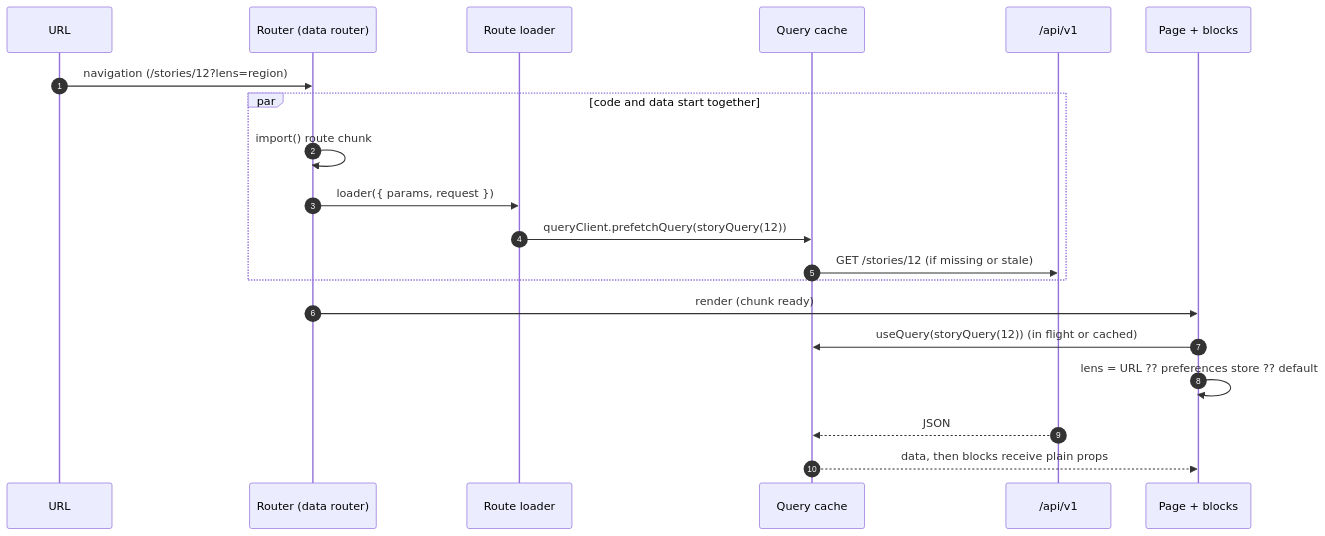
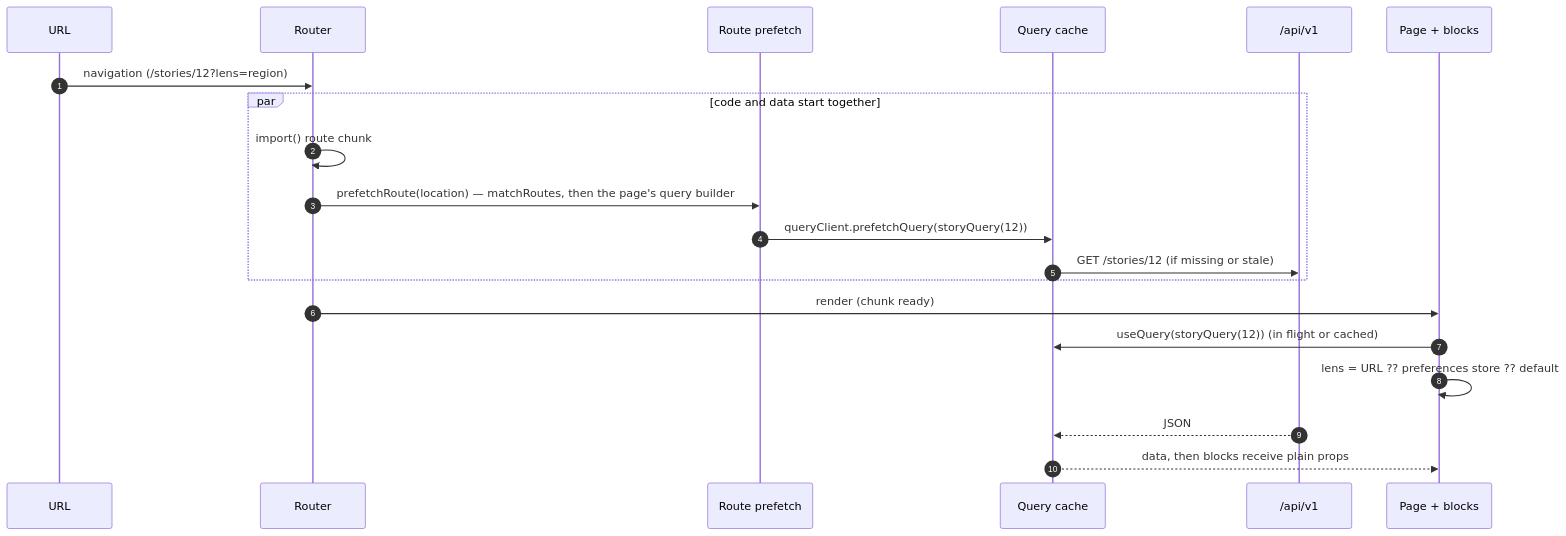
One commit to FlorentLatifi/Gjurm- changed the second of 2 diagrams in docs/architecture/frontend_system.md. Above: the diagram before and after it, drawn with Mermaid. The commit also changed other lines of this file and 10 other files, not shown here.

First line of the commit message:
docs: record the frontend architecture as built, launch checklist refreshed

````diff
--- a/docs/architecture/frontend_system.md
+++ b/docs/architecture/frontend_system.md
@@ -212,22 +224,22 @@
 ```mermaid
 sequenceDiagram
     autonumber
     participant U as URL
-    participant R as Router (data router)
-    participant L as Route loader
+    participant R as Router
+    participant L as Route prefetch
     participant Q as Query cache
     participant API as /api/v1
     participant P as Page + blocks
     U->>R: navigation (/stories/12?lens=region)
     par code and data start together
         R->>R: import() route chunk
-        R->>L: loader({ params, request })
+        R->>L: prefetchRoute(location) — matchRoutes, then the page's query builder
         L->>Q: queryClient.prefetchQuery(storyQuery(12))
         Q->>API: GET /stories/12 (if missing or stale)
     end
     R->>P: render (chunk ready)
     P->>Q: useQuery(storyQuery(12)) (in flight or cached)
     P->>P: lens = URL ?? preferences store ?? default
     API-->>Q: JSON
     Q-->>P: data, then blocks receive plain props
 ```
````
